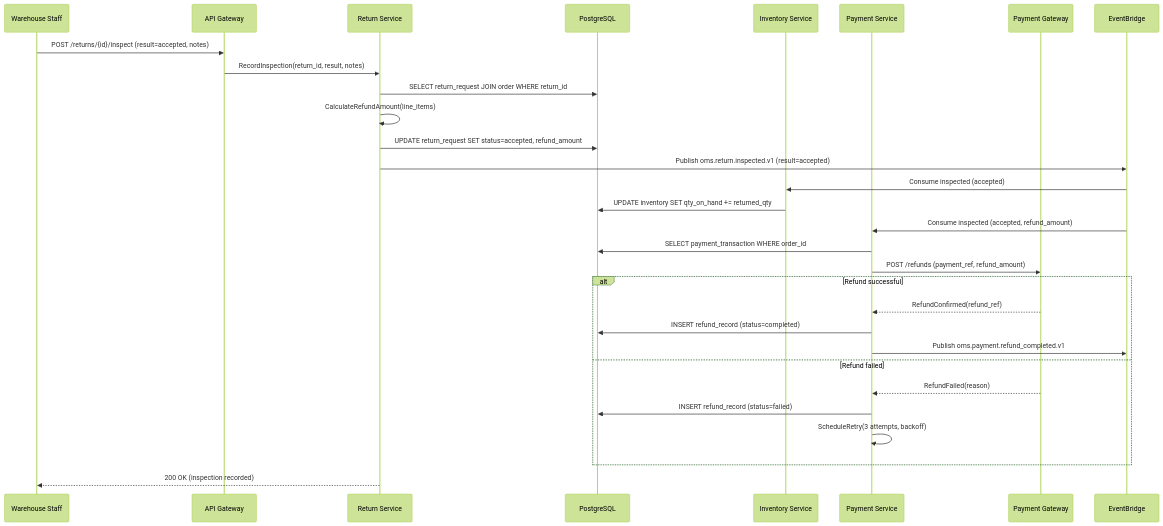
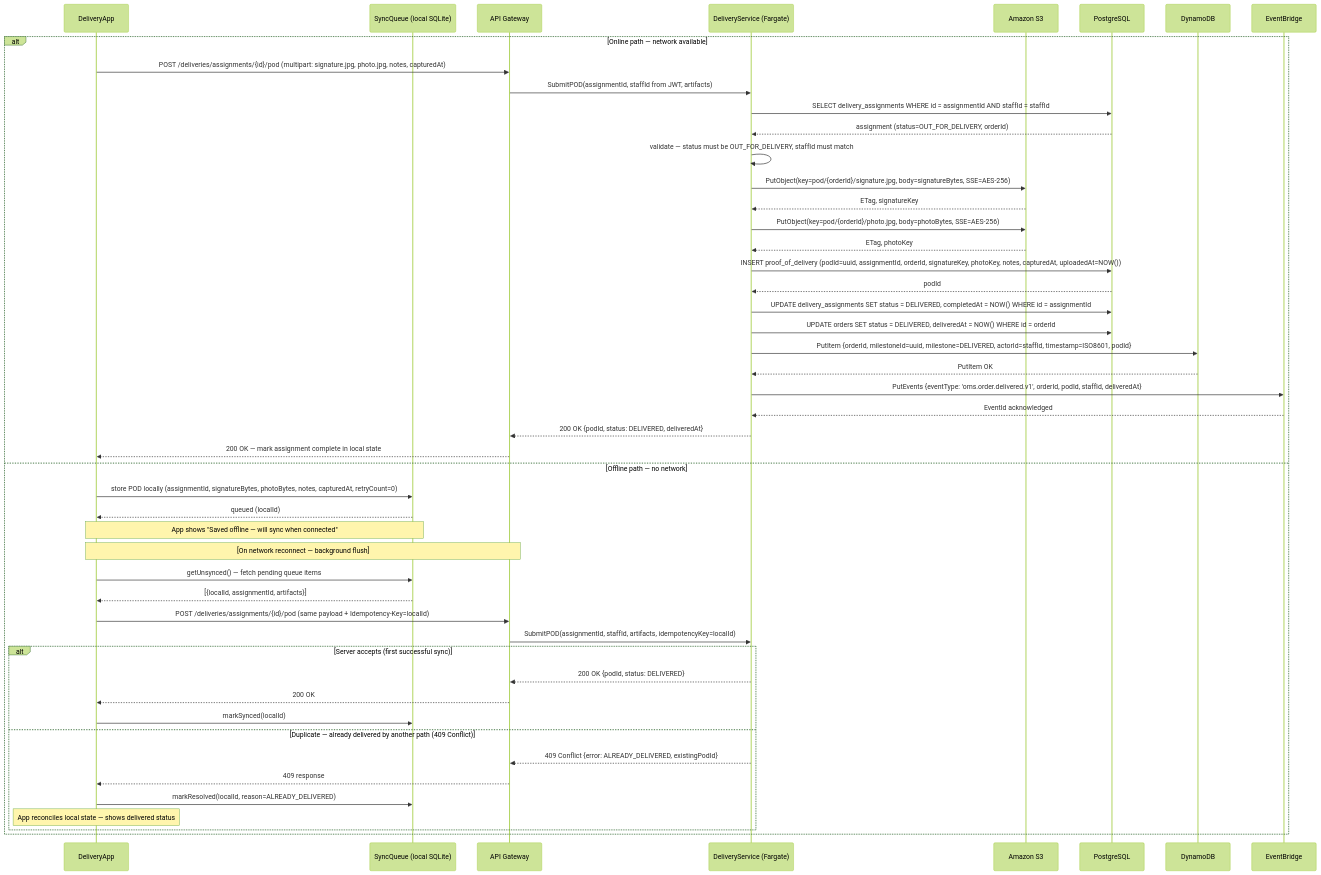
Before and after one commit to 0Ankit0/Project-Ideas: the fifth of 5 diagrams in Order Management and Delivery System/detailed-design/sequence-diagram.md, drawn with Mermaid (forest theme). The commit also changed other lines of this file and 11 other files, not shown here.

````diff
--- a/Order Management and Delivery System/detailed-design/sequence-diagram.md
+++ b/Order Management and Delivery System/detailed-design/sequence-diagram.md
@@ -121,37 +275,64 @@
 ```mermaid
 sequenceDiagram
-    participant WStaff as Warehouse Staff
+    participant DelivApp as DeliveryApp
+    participant SQ as SyncQueue (local SQLite)
     participant APIGW as API Gateway
-    participant RetSvc as Return Service
+    participant DelSvc as DeliveryService (Fargate)
+    participant S3 as Amazon S3
     participant DB as PostgreSQL
-    participant InvSvc as Inventory Service
-    participant PaySvc as Payment Service
-    participant PG as Payment Gateway
+    participant DDB as DynamoDB
     participant EB as EventBridge
 
-    WStaff->>APIGW: POST /returns/{id}/inspect (result=accepted, notes)
-    APIGW->>RetSvc: RecordInspection(return_id, result, notes)
-    RetSvc->>DB: SELECT return_request JOIN order WHERE return_id
-    RetSvc->>RetSvc: CalculateRefundAmount(line_items)
-    RetSvc->>DB: UPDATE return_request SET status=accepted, refund_amount
-    RetSvc->>EB: Publish oms.return.inspected.v1 (result=accepted)
+    alt Online path — network available
+        DelivApp->>APIGW: POST /deliveries/assignments/{id}/pod (multipart: signature.jpg, photo.jpg, notes, capturedAt)
+        APIGW->>DelSvc: SubmitPOD(assignmentId, staffId from JWT, artifacts)
 
-    EB->>InvSvc: Consume inspected (accepted)
-    InvSvc->>DB: UPDATE inventory SET qty_on_hand += returned_qty
+        DelSvc->>DB: SELECT delivery_assignments WHERE id = assignmentId AND staffId = staffId
+        DB-->>DelSvc: assignment (status=OUT_FOR_DELIVERY, orderId)
+        DelSvc->>DelSvc: validate — status must be OUT_FOR_DELIVERY, staffId must match
 
-    EB->>PaySvc: Consume inspected (accepted, refund_amount)
-    PaySvc->>DB: SELECT payment_transaction WHERE order_id
-    PaySvc->>PG: POST /refunds (payment_ref, refund_amount)
+        DelSvc->>S3: PutObject(key=pod/{orderId}/signature.jpg, body=signatureBytes, SSE=AES-256)
+        S3-->>DelSvc: ETag, signatureKey
 
-    alt Refund successful
-        PG-->>PaySvc: RefundConfirmed(refund_ref)
-        PaySvc->>DB: INSERT refund_record (status=completed)
-        PaySvc->>EB: Publish oms.payment.refund_completed.v1
-    else Refund failed
-        PG-->>PaySvc: RefundFailed(reason)
-        PaySvc->>DB: INSERT refund_record (status=failed)
-        PaySvc->>PaySvc: ScheduleRetry(3 attempts, backoff)
+        DelSvc->>S3: PutObject(key=pod/{orderId}/photo.jpg, body=photoBytes, SSE=AES-256)
+        S3-->>DelSvc: ETag, photoKey
+
+        DelSvc->>DB: INSERT proof_of_delivery (podId=uuid, assignmentId, orderId, signatureKey, photoKey, notes, capturedAt, uploadedAt=NOW())
+        DB-->>DelSvc: podId
+
+        DelSvc->>DB: UPDATE delivery_assignments SET status = DELIVERED, completedAt = NOW() WHERE id = assignmentId
+        DelSvc->>DB: UPDATE orders SET status = DELIVERED, deliveredAt = NOW() WHERE id = orderId
+
+        DelSvc->>DDB: PutItem {orderId, milestoneId=uuid, milestone=DELIVERED, actorId=staffId, timestamp=ISO8601, podId}
+        DDB-->>DelSvc: PutItem OK
+
+        DelSvc->>EB: PutEvents {eventType: 'oms.order.delivered.v1', orderId, podId, staffId, deliveredAt}
+        EB-->>DelSvc: EventId acknowledged
+
+        DelSvc-->>APIGW: 200 OK {podId, status: DELIVERED, deliveredAt}
+        APIGW-->>DelivApp: 200 OK — mark assignment complete in local state
+
+    else Offline path — no network
+        DelivApp->>SQ: store POD locally (assignmentId, signatureBytes, photoBytes, notes, capturedAt, retryCount=0)
+        SQ-->>DelivApp: queued (localId)
+        Note over DelivApp,SQ: App shows "Saved offline — will sync when connected"
+
+        Note over DelivApp,APIGW: [On network reconnect — background flush]
+        DelivApp->>SQ: getUnsynced() — fetch pending queue items
+        SQ-->>DelivApp: [{localId, assignmentId, artifacts}]
+
+        DelivApp->>APIGW: POST /deliveries/assignments/{id}/pod (same payload + Idempotency-Key=localId)
+        APIGW->>DelSvc: SubmitPOD(assignmentId, staffId, artifacts, idempotencyKey=localId)
+
+        alt Server accepts (first successful sync)
+            DelSvc-->>APIGW: 200 OK {podId, status: DELIVERED}
+            APIGW-->>DelivApp: 200 OK
+            DelivApp->>SQ: markSynced(localId)
+        else Duplicate — already delivered by another path (409 Conflict)
+            DelSvc-->>APIGW: 409 Conflict {error: ALREADY_DELIVERED, existingPodId}
+            APIGW-->>DelivApp: 409 response
+            DelivApp->>SQ: markResolved(localId, reason=ALREADY_DELIVERED)
+            Note over DelivApp: App reconciles local state — shows delivered status
+        end
     end
-
-    RetSvc-->>WStaff: 200 OK (inspection recorded)
 ```
````
